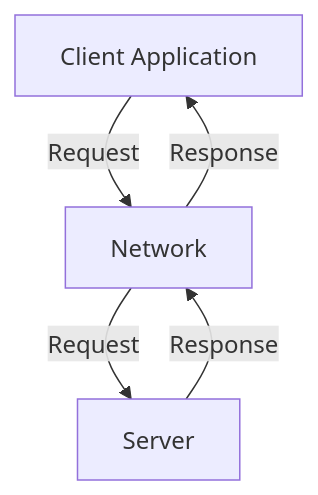
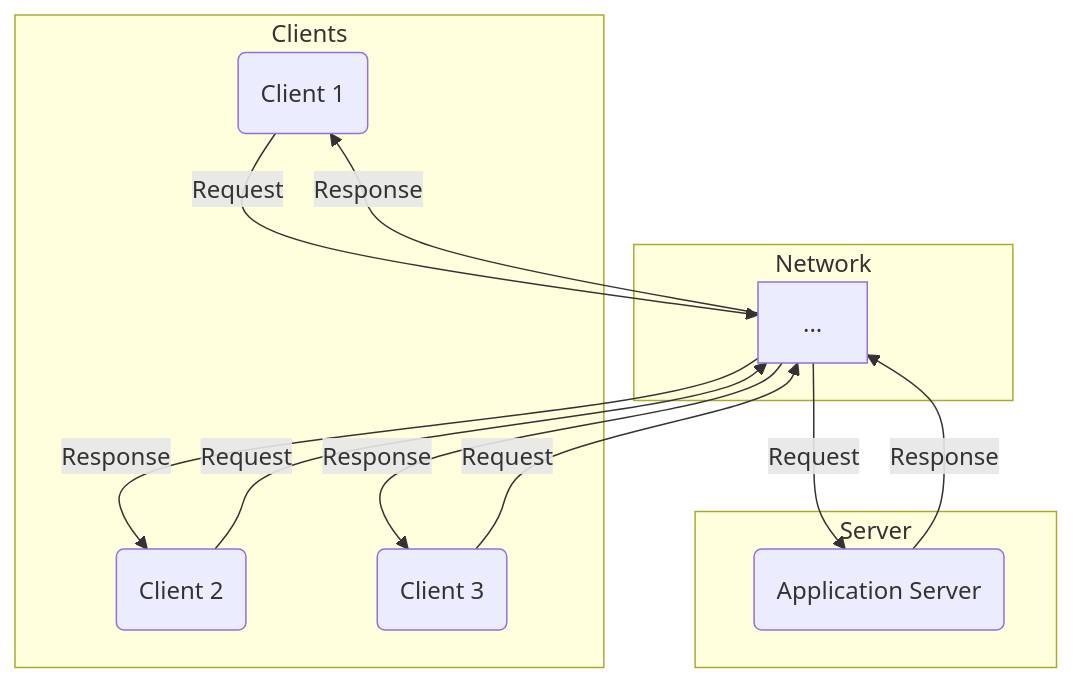
One commit to bmeurant/technical-docs changed the diagram in software-architecture/architectural-styles/client-server.md. Above: the diagram before and after it, drawn with Mermaid. The commit also changed other lines of this file and 34 other files, not shown here.

First line of the commit message:
feat: Complete comprehensive architectural review and enhancement

````diff
--- a/software-architecture/architectural-styles/client-server.md
+++ b/software-architecture/architectural-styles/client-server.md
@@ -22,11 +22,25 @@
 ```mermaid
 graph TD
-    C[Client Application]
-    N[Network]
-    S[Server]
+    subgraph Clients
+        C1(Client 1)
+        C2(Client 2)
+        C3(Client 3)
+    end
 
-    C -- "Request" --> N
+    subgraph "Network"
+        N[...]
+    end
+
+    subgraph "Server"
+        S(Application Server)
+    end
+
+    C1 -- "Request" --> N
+    C2 -- "Request" --> N
+    C3 -- "Request" --> N
     N -- "Request" --> S
     S -- "Response" --> N
-    N -- "Response" --> C
+    N -- "Response" --> C1
+    N -- "Response" --> C2
+    N -- "Response" --> C3
 ```
````
